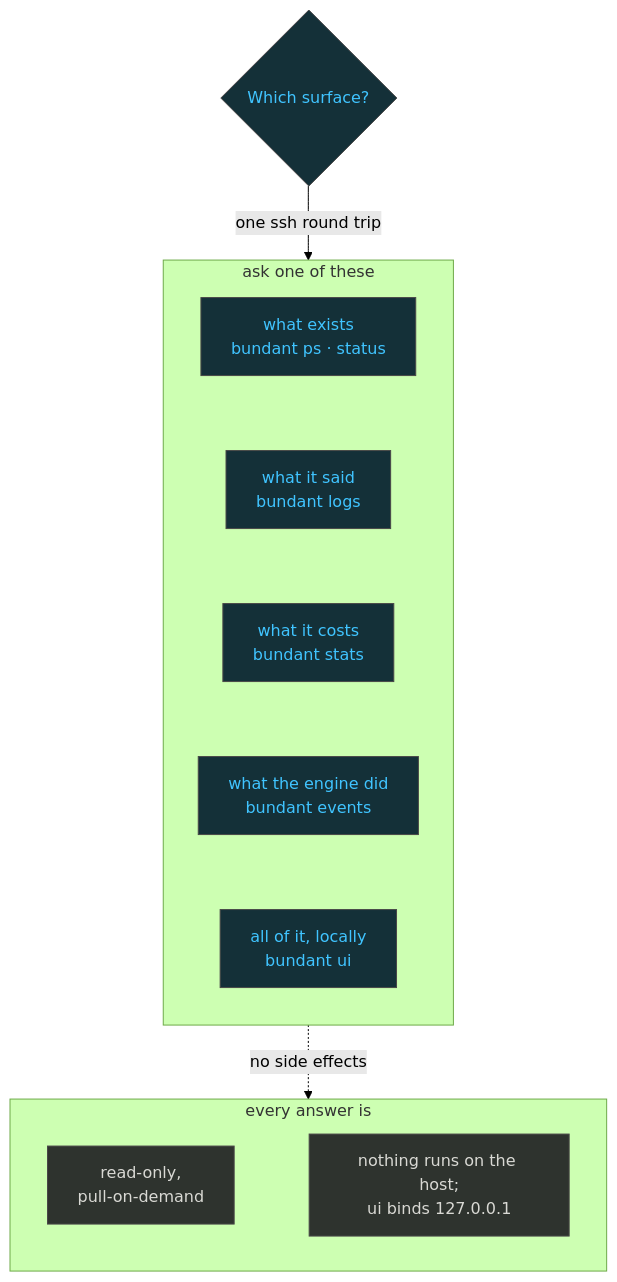
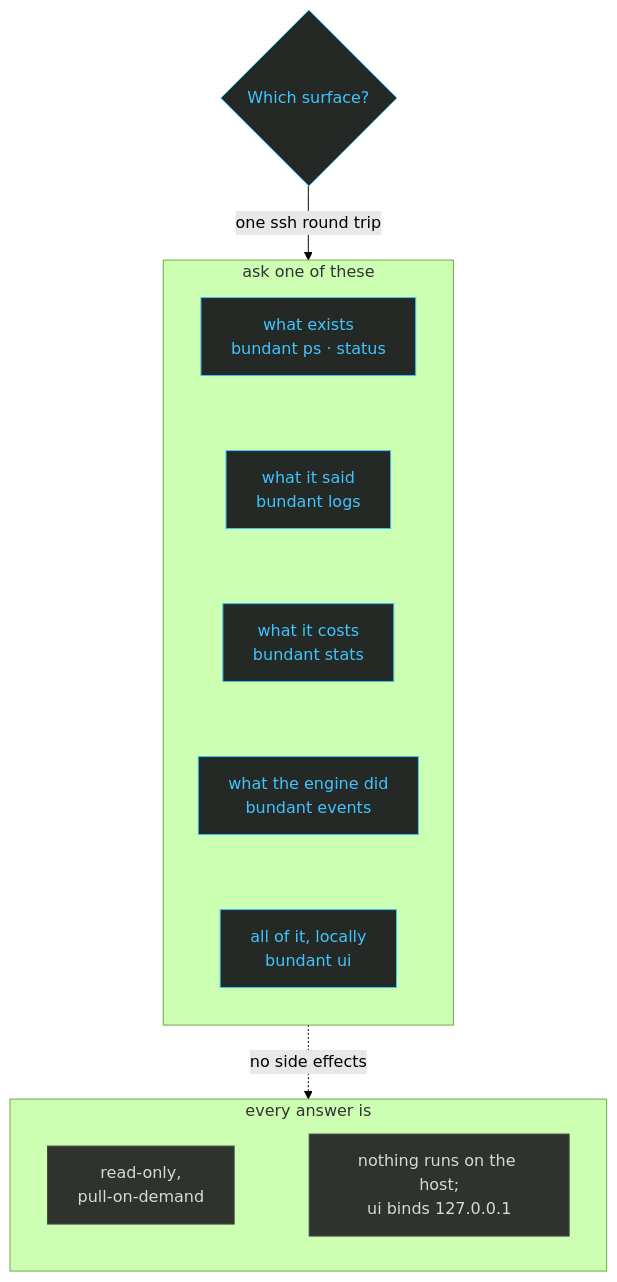
Before and after one commit to gjuoun/bundant: the diagram in docs/tutorial/05-observe.mdx, drawn with Mermaid (forest theme). The commit also changed 7 other files, not shown here.

````diff
--- a/docs/tutorial/05-observe.mdx
+++ b/docs/tutorial/05-observe.mdx
@@ -32,25 +32,25 @@
 ```mermaid
 flowchart TD
   Q{"Which surface?"}
   subgraph surfaces["ask one of these"]
     direction TB
     PS["what exists<br/>bundant ps · status"]
     L["what it said<br/>bundant logs"]
     S["what it costs<br/>bundant stats"]
     E["what the engine did<br/>bundant events"]
     U["all of it, locally<br/>bundant ui"]
     PS ~~~ L ~~~ S ~~~ E ~~~ U
   end
   Q -- "one ssh round trip" --> surfaces
   subgraph notes["every answer is"]
     direction LR
     N1["read-only,<br/>pull-on-demand"]
     N2["nothing runs on the host;<br/>ui binds 127.0.0.1"]
     N1 ~~~ N2
   end
   surfaces -. "no side effects" .-> notes
-  classDef local fill:#143038,color:#40c4ff,stroke:#494848;
+  classDef local fill:#252925,color:#40c4ff,stroke:#40c4ff;
   classDef neutral fill:#2e332e,color:#d9d9d4,stroke:#494848;
   class Q,PS,L,S,E,U local;
   class N1,N2 neutral;
 ```
````
